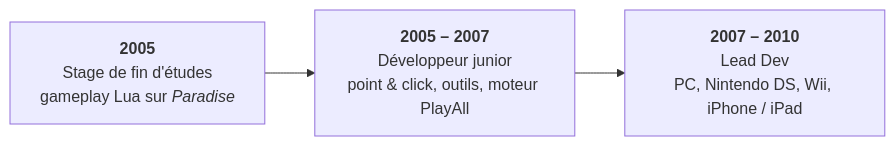
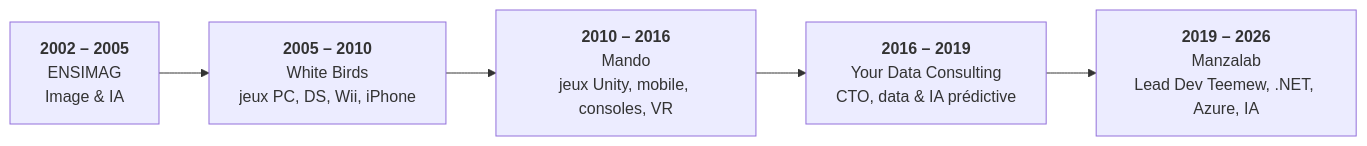
The diagram in portfolio/fr.md (fsimonpro/fsimonpro), drawn with Mermaid before and after one commit. The commit also changed other lines of this file and 3 other files, not shown here.

Commit message:
Portfolio: split into a home page and one page per period (White Birds)

````diff
--- a/portfolio/fr.md
+++ b/portfolio/fr.md
@@ -19,5 +7,7 @@
 ```mermaid
 flowchart LR
-    A["<b>2005</b><br/>Stage de fin d'études<br/>gameplay Lua sur <i>Paradise</i>"] --> B["<b>2005 – 2007</b><br/>Développeur junior<br/>point & click, outils, moteur PlayAll"]
-    B --> C["<b>2007 – 2010</b><br/>Lead Dev<br/>PC, Nintendo DS, Wii, iPhone / iPad"]
+    E["<b>2002 – 2005</b><br/>ENSIMAG<br/>Image & IA"] --> W["<b>2005 – 2010</b><br/>White Birds<br/>jeux PC, DS, Wii, iPhone"]
+    W --> M["<b>2010 – 2016</b><br/>Mando<br/>jeux Unity, mobile, consoles, VR"]
+    M --> Y["<b>2016 – 2019</b><br/>Your Data Consulting<br/>CTO, data & IA prédictive"]
+    Y --> Z["<b>2019 – 2026</b><br/>Manzalab<br/>Lead Dev Teemew, .NET, Azure, IA"]
 ```
````
